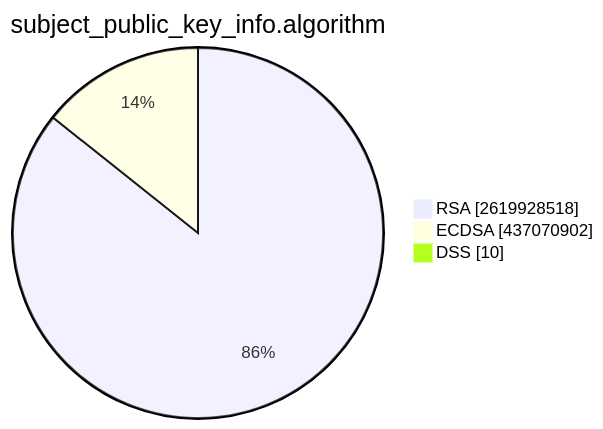
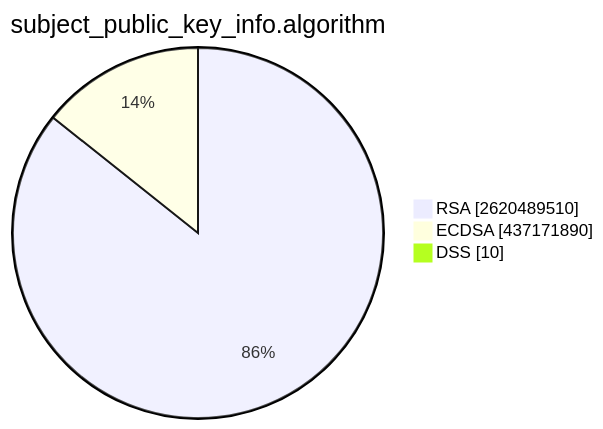
Before and after one commit to christiankrug/ctmonitor_visualization: the second of 15 diagrams in TOTAL/README.md, drawn with Mermaid. The commit also changed other lines of this file, not shown here.

````diff
--- a/TOTAL/README.md
+++ b/TOTAL/README.md
@@ -6,7 +6,7 @@
 ```mermaid
 pie showData
 title subject_public_key_info.algorithm
-"RSA" :2619928518
-"ECDSA" :437070902
+"RSA" :2620489510
+"ECDSA" :437171890
 "DSS" :10
 ```
````
